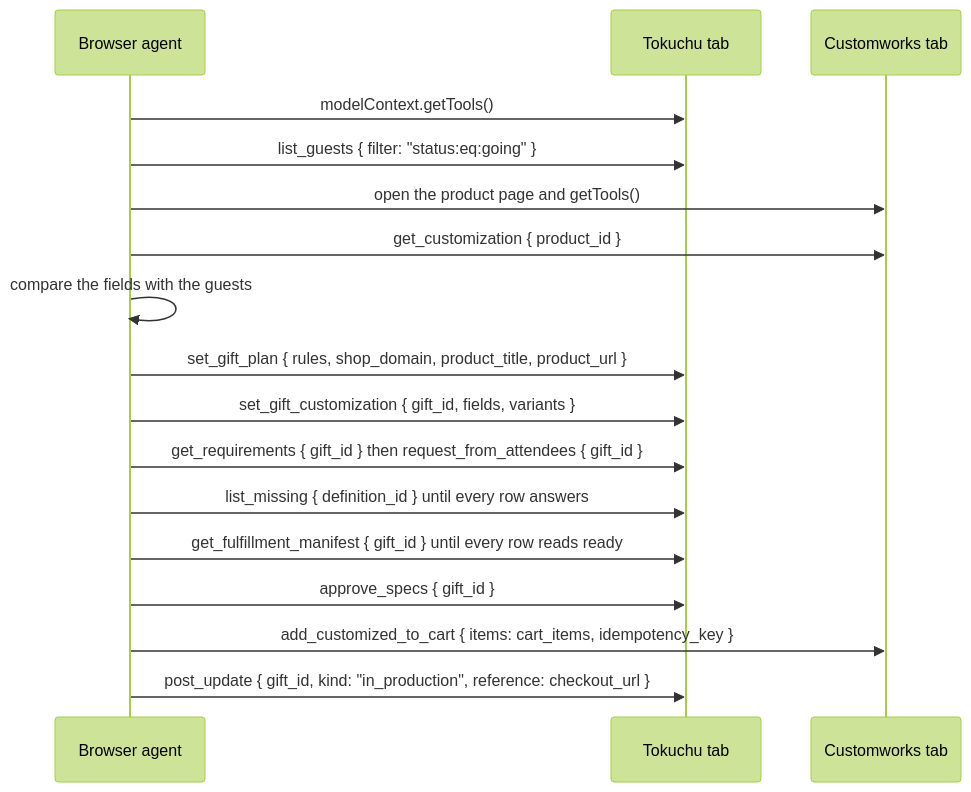
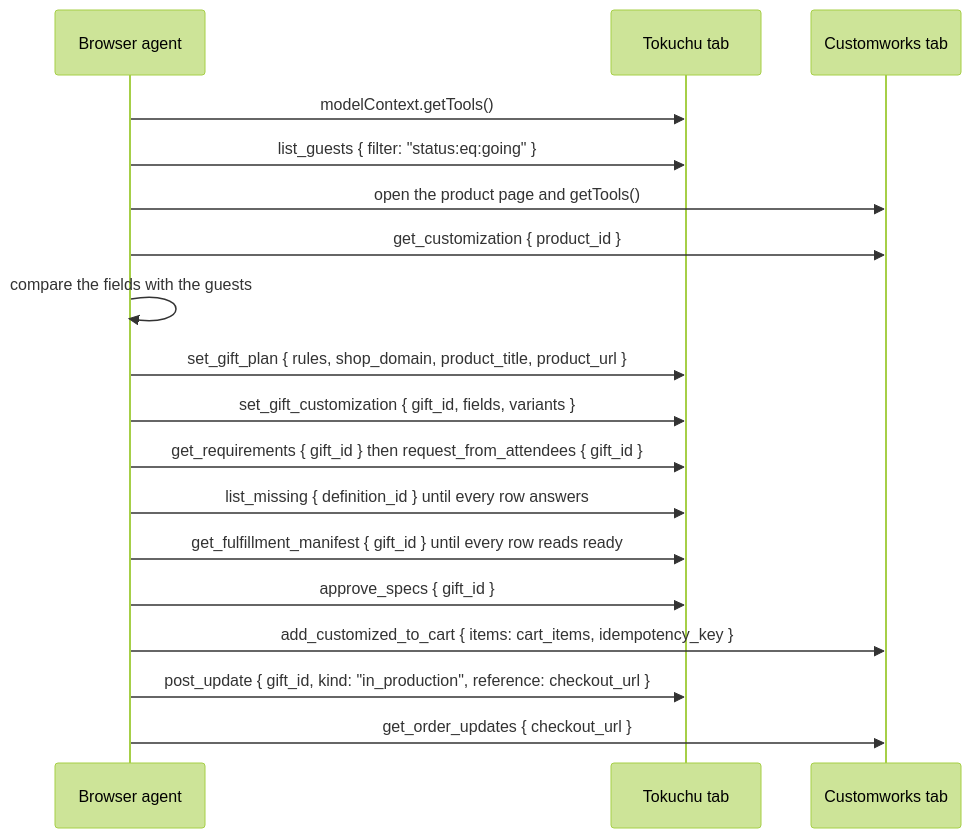
One commit to reversely/tokuchu changed the first of 2 diagrams in docs/agent-playbook.md. Above: the diagram before and after it, drawn with Mermaid (forest theme). The commit also changed other lines of this file and 19 other files, not shown here.

First line of the commit message:
feat(store): expose order updates over WebMCP with get_order_updates

````diff
--- a/docs/agent-playbook.md
+++ b/docs/agent-playbook.md
@@ -7,19 +7,20 @@
 ```mermaid
 sequenceDiagram
     participant A as Browser agent
     participant T as Tokuchu tab
     participant C as Customworks tab
     A->>T: modelContext.getTools()
     A->>T: list_guests { filter: "status:eq:going" }
     A->>C: open the product page and getTools()
     A->>C: get_customization { product_id }
     A->>A: compare the fields with the guests
     A->>T: set_gift_plan { rules, shop_domain, product_title, product_url }
     A->>T: set_gift_customization { gift_id, fields, variants }
     A->>T: get_requirements { gift_id } then request_from_attendees { gift_id }
     A->>T: list_missing { definition_id } until every row answers
     A->>T: get_fulfillment_manifest { gift_id } until every row reads ready
     A->>T: approve_specs { gift_id }
     A->>C: add_customized_to_cart { items: cart_items, idempotency_key }
     A->>T: post_update { gift_id, kind: "in_production", reference: checkout_url }
+    A->>C: get_order_updates { checkout_url }
 ```
````
